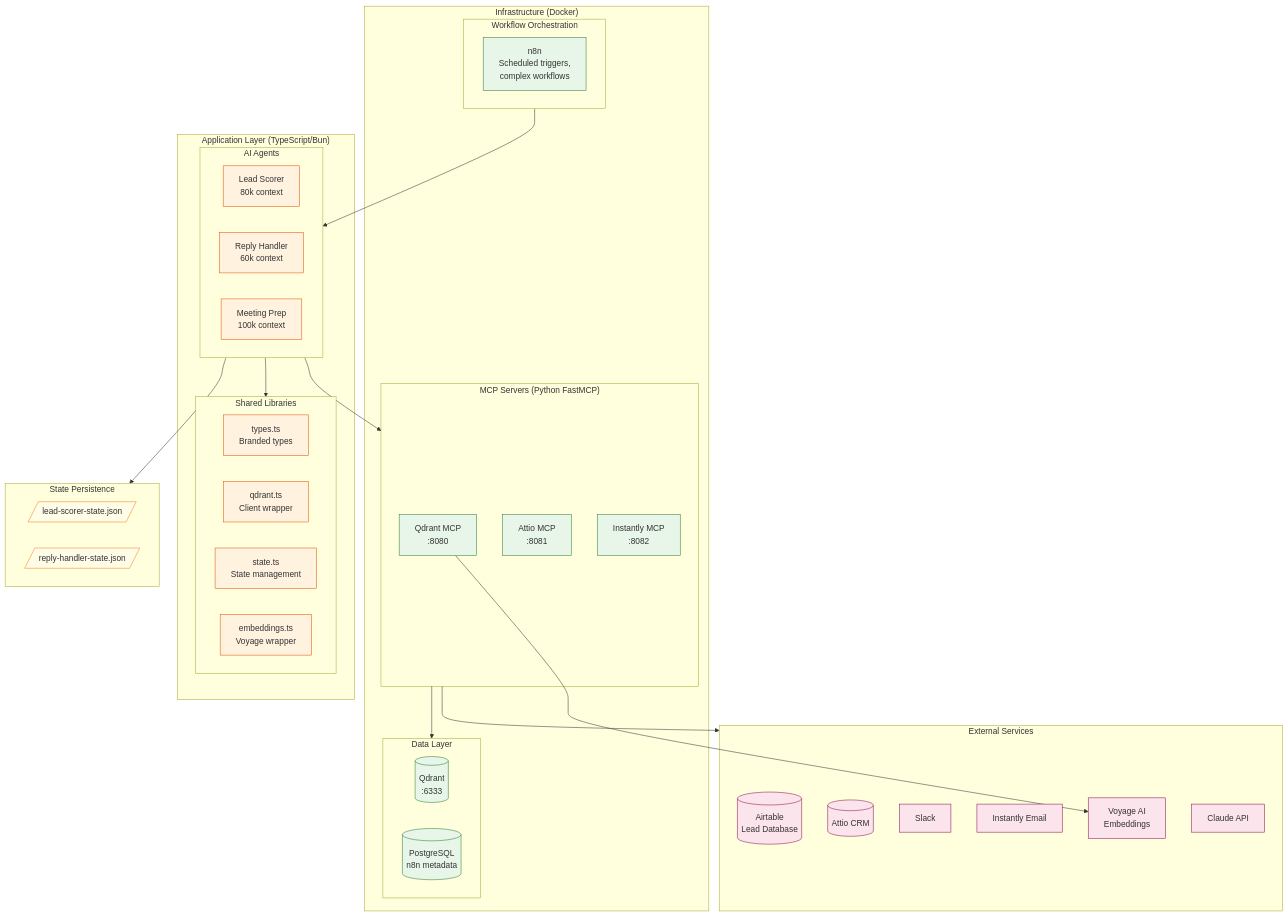
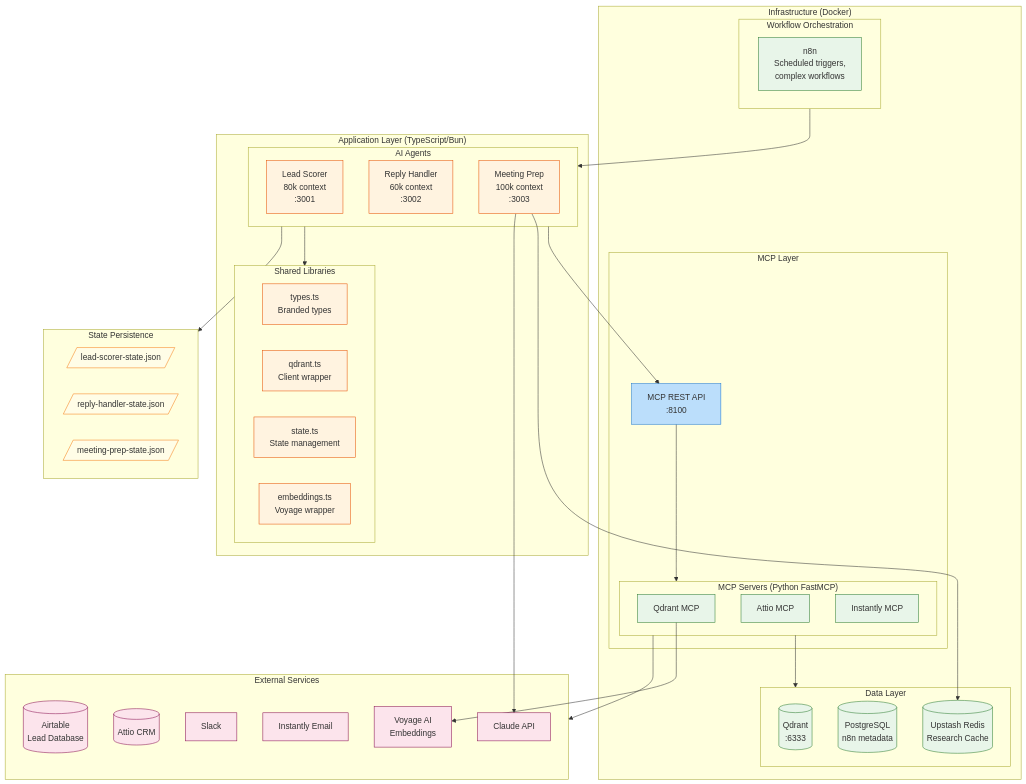
One commit to Fato07/atlas-gtm changed diagram 13 of 14 in docs/architecture/data-flow.md. Above: the diagram before and after it, drawn with Mermaid. The commit also changed other lines of this file and 10 other files, not shown here.

First line of the commit message:
docs: Update data flow architecture with Meeting Prep Agent

````diff
--- a/docs/architecture/data-flow.md
+++ b/docs/architecture/data-flow.md
@@ -606,67 +894,77 @@
 ```mermaid
 flowchart TB
     subgraph External["External Services"]
         AIRTABLE[("Airtable<br/>Lead Database")]
         ATTIO[("Attio CRM")]
         SLACK["Slack"]
         INSTANTLY["Instantly Email"]
         VOYAGE["Voyage AI<br/>Embeddings"]
         CLAUDE["Claude API"]
     end
 
     subgraph Infrastructure["Infrastructure (Docker)"]
         subgraph DataLayer["Data Layer"]
             QDRANT[("Qdrant<br/>:6333")]
             POSTGRES[("PostgreSQL<br/>n8n metadata")]
+            REDIS[("Upstash Redis<br/>Research Cache")]
         end
 
-        subgraph MCPServers["MCP Servers (Python FastMCP)"]
-            QDRANT_MCP["Qdrant MCP<br/>:8080"]
-            ATTIO_MCP["Attio MCP<br/>:8081"]
-            INSTANTLY_MCP["Instantly MCP<br/>:8082"]
+        subgraph MCPLayer["MCP Layer"]
+            MCP_REST["MCP REST API<br/>:8100"]
+            subgraph MCPServers["MCP Servers (Python FastMCP)"]
+                QDRANT_MCP["Qdrant MCP"]
+                ATTIO_MCP["Attio MCP"]
+                INSTANTLY_MCP["Instantly MCP"]
+            end
         end
 
         subgraph Orchestration["Workflow Orchestration"]
             N8N["n8n<br/>Scheduled triggers,<br/>complex workflows"]
         end
     end
 
     subgraph Application["Application Layer (TypeScript/Bun)"]
         subgraph Agents["AI Agents"]
-            LEAD_SCORER["Lead Scorer<br/>80k context"]
-            REPLY_HANDLER["Reply Handler<br/>60k context"]
-            MEETING_PREP["Meeting Prep<br/>100k context"]
+            LEAD_SCORER["Lead Scorer<br/>80k context<br/>:3001"]
+            REPLY_HANDLER["Reply Handler<br/>60k context<br/>:3002"]
+            MEETING_PREP["Meeting Prep<br/>100k context<br/>:3003"]
         end
 
         subgraph Lib["Shared Libraries"]
             TYPES["types.ts<br/>Branded types"]
             QDRANT_CLIENT["qdrant.ts<br/>Client wrapper"]
             STATE["state.ts<br/>State management"]
             EMBEDDINGS["embeddings.ts<br/>Voyage wrapper"]
         end
     end
 
     subgraph StateFiles["State Persistence"]
         LS_STATE[/"lead-scorer-state.json"/]
         RH_STATE[/"reply-handler-state.json"/]
+        MP_STATE[/"meeting-prep-state.json"/]
     end
 
     %% Connections
     Agents --> Lib
-    Agents --> MCPServers
+    Agents --> MCP_REST
+    MCP_REST --> MCPServers
     Agents --> StateFiles
     MCPServers --> DataLayer
     MCPServers --> External
     Orchestration --> Agents
     QDRANT_MCP --> VOYAGE
+    MEETING_PREP --> REDIS
+    MEETING_PREP --> CLAUDE
 
     classDef external fill:#fce4ec,stroke:#880e4f
     classDef infra fill:#e8f5e9,stroke:#2e7d32
     classDef app fill:#fff3e0,stroke:#e65100
     classDef state fill:#fffde7,stroke:#f57f17
+    classDef rest fill:#bbdefb,stroke:#1976d2
 
     class AIRTABLE,ATTIO,SLACK,INSTANTLY,VOYAGE,CLAUDE external
-    class QDRANT,POSTGRES,QDRANT_MCP,ATTIO_MCP,INSTANTLY_MCP,N8N infra
+    class QDRANT,POSTGRES,REDIS,QDRANT_MCP,ATTIO_MCP,INSTANTLY_MCP,N8N infra
+    class MCP_REST rest
     class LEAD_SCORER,REPLY_HANDLER,MEETING_PREP,TYPES,QDRANT_CLIENT,STATE,EMBEDDINGS app
-    class LS_STATE,RH_STATE state
+    class LS_STATE,RH_STATE,MP_STATE state
 ```
````
